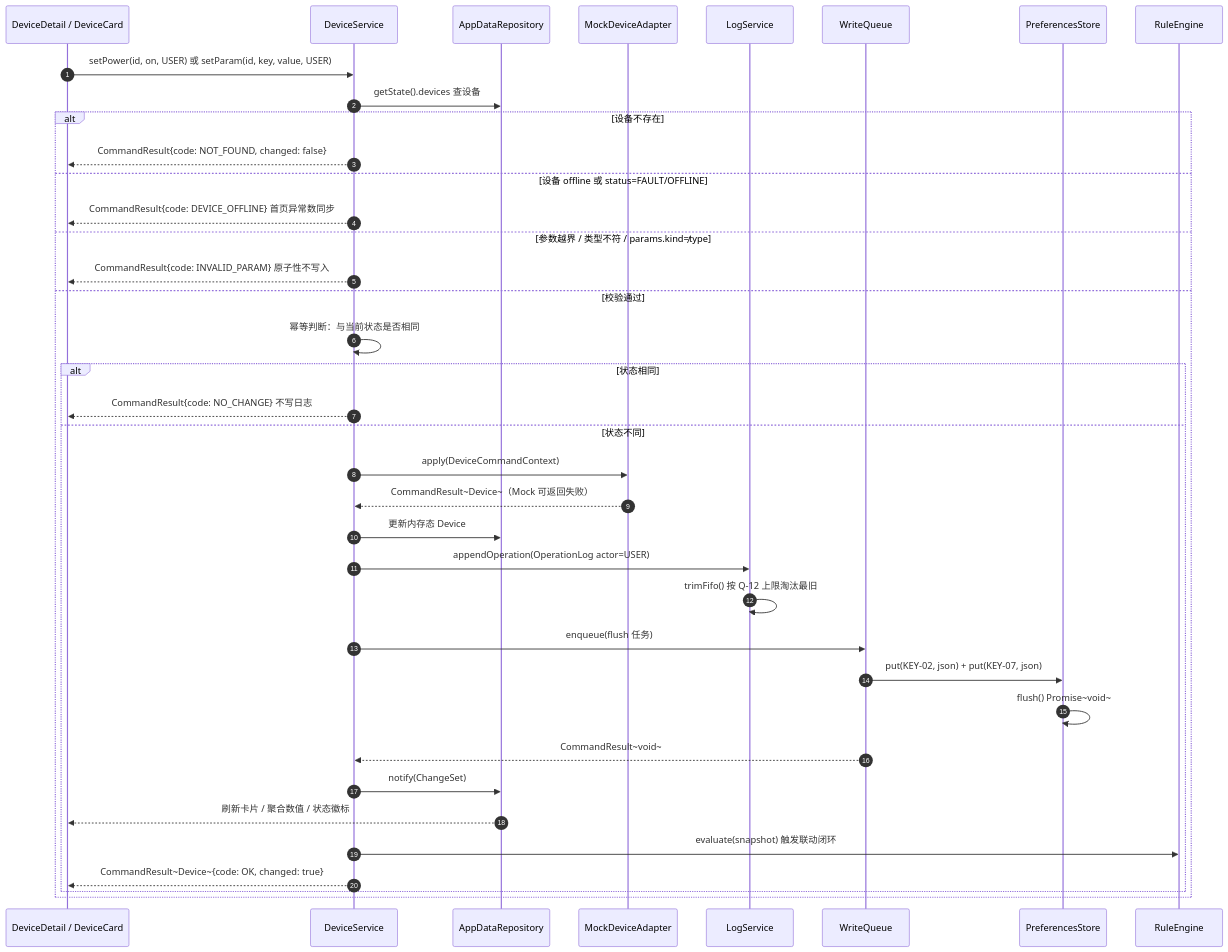
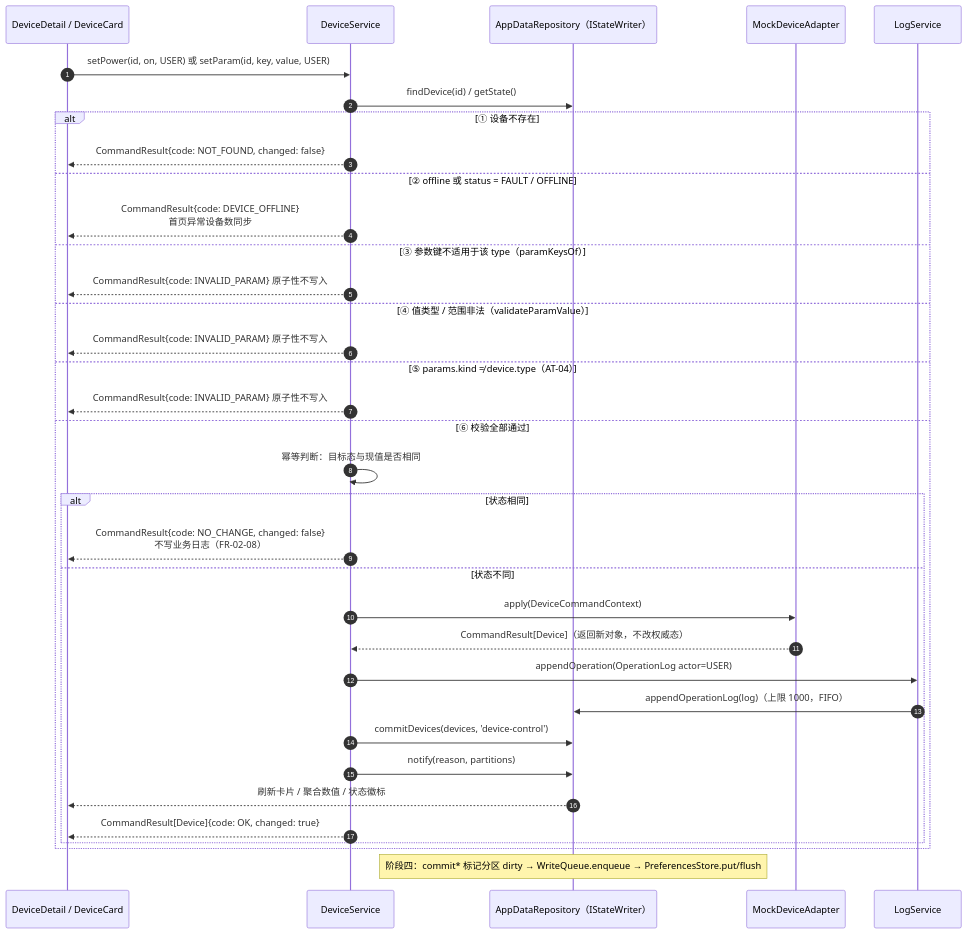
The fourth of 6 diagrams in design/系统架构设计.md (Yu-qiamWei/SmartDorm-HarmonyOS), drawn with Mermaid before and after one commit. The commit also changed other lines of this file and 2 other files, not shown here.

Commit message:
docs(design): rule on 6 signature divergences and align diagrams

````diff
--- a/design/系统架构设计.md
+++ b/design/系统架构设计.md
@@ -1518,41 +1898,39 @@
 ```mermaid
+%% 本图与 design/sequence-diagram.mermaid 中 FLOW-02 逐行一致（V1.0.3）
 sequenceDiagram
     autonumber
     participant UI as DeviceDetail / DeviceCard
     participant DS as DeviceService
-    participant REPO as AppDataRepository
+    participant REPO as AppDataRepository（IStateWriter）
     participant MDA as MockDeviceAdapter
     participant LS as LogService
-    participant Q as WriteQueue
-    participant PS as PreferencesStore
-    participant RE as RuleEngine
 
     UI->>DS: setPower(id, on, USER) 或 setParam(id, key, value, USER)
-    DS->>REPO: getState().devices 查设备
-    alt 设备不存在
+    DS->>REPO: findDevice(id) / getState()
+    alt ① 设备不存在
         DS-->>UI: CommandResult{code: NOT_FOUND, changed: false}
-    else 设备 offline 或 status=FAULT/OFFLINE
-        DS-->>UI: CommandResult{code: DEVICE_OFFLINE} 首页异常数同步
-    else 参数越界 / 类型不符 / params.kind≠type
+    else ② offline 或 status = FAULT / OFFLINE
+        DS-->>UI: CommandResult{code: DEVICE_OFFLINE}<br/>首页异常设备数同步
+    else ③ 参数键不适用于该 type（paramKeysOf）
         DS-->>UI: CommandResult{code: INVALID_PARAM} 原子性不写入
-    else 校验通过
-        DS->>DS: 幂等判断：与当前状态是否相同
+    else ④ 值类型 / 范围非法（validateParamValue）
+        DS-->>UI: CommandResult{code: INVALID_PARAM} 原子性不写入
+    else ⑤ params.kind ≠ device.type（AT-04）
+        DS-->>UI: CommandResult{code: INVALID_PARAM} 原子性不写入
+    else ⑥ 校验全部通过
+        DS->>DS: 幂等判断：目标态与现值是否相同
         alt 状态相同
-            DS-->>UI: CommandResult{code: NO_CHANGE} 不写日志
+            DS-->>UI: CommandResult{code: NO_CHANGE, changed: false}<br/>不写业务日志（FR-02-08）
         else 状态不同
             DS->>MDA: apply(DeviceCommandContext)
-            MDA-->>DS: CommandResult~Device~（Mock 可返回失败）
-            DS->>REPO: 更新内存态 Device
+            MDA-->>DS: CommandResult[Device]（返回新对象，不改权威态）
             DS->>LS: appendOperation(OperationLog actor=USER)
-            LS->>LS: trimFifo() 按 Q-12 上限淘汰最旧
-            DS->>Q: enqueue(flush 任务)
-            Q->>PS: put(KEY-02, json) + put(KEY-07, json)
-            PS->>PS: flush() Promise~void~
-            Q-->>DS: CommandResult~void~
-            DS->>REPO: notify(ChangeSet)
+            LS->>REPO: appendOperationLog(log)（上限 1000，FIFO）
+            DS->>REPO: commitDevices(devices, 'device-control')
+            DS->>REPO: notify(reason, partitions)
             REPO-->>UI: 刷新卡片 / 聚合数值 / 状态徽标
-            DS->>RE: evaluate(snapshot) 触发联动闭环
-            DS-->>UI: CommandResult~Device~{code: OK, changed: true}
+            DS-->>UI: CommandResult[Device]{code: OK, changed: true}
         end
     end
+    Note over REPO: 阶段四：commit* 标记分区 dirty → WriteQueue.enqueue → PreferencesStore.put/flush
 ```
````
